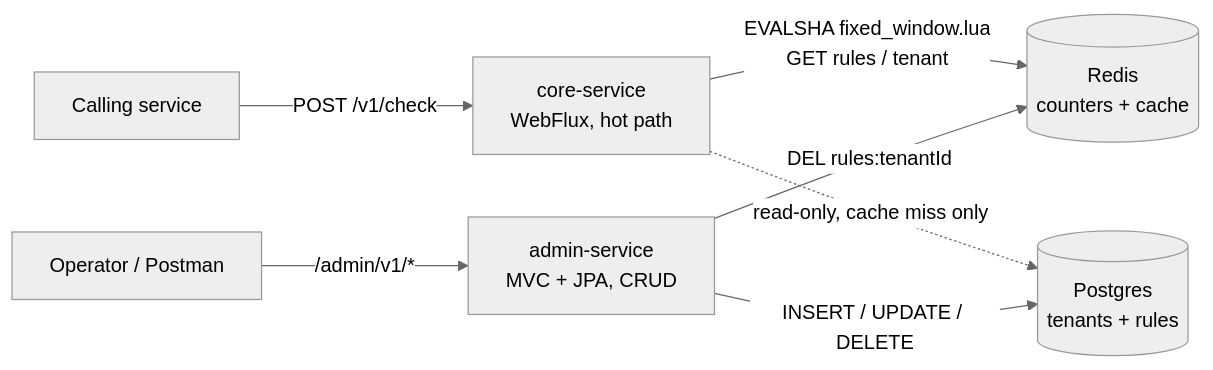
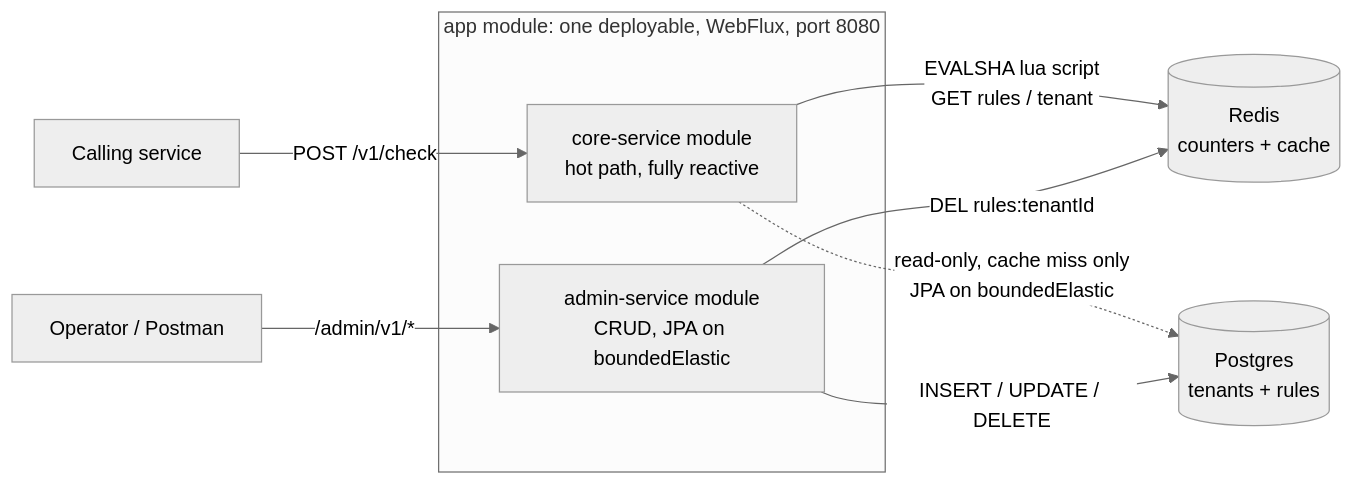
Before and after one commit to adityathakur10/rate-limiter-service: the first of 4 diagrams in PLAN.md, drawn with Mermaid (neutral theme). The commit also changed other lines of this file and 26 other files, not shown here.

Commit message:
admin flow completed

````diff
--- a/PLAN.md
+++ b/PLAN.md
@@ -10,15 +11,17 @@
 ```mermaid
 flowchart LR
     caller["Calling service"]
     op["Operator / Postman"]
-    core["core-service<br/>WebFlux, hot path"]
-    admin["admin-service<br/>MVC + JPA, CRUD"]
+    subgraph app["app module: one deployable, WebFlux, port 8080"]
+        core["core-service module<br/>hot path, fully reactive"]
+        admin["admin-service module<br/>CRUD, JPA on boundedElastic"]
+    end
     redis[("Redis<br/>counters + cache")]
     pg[("Postgres<br/>tenants + rules")]
     caller -->|"POST /v1/check"| core
     op -->|"/admin/v1/*"| admin
-    core -->|"EVALSHA fixed_window.lua<br/>GET rules / tenant"| redis
-    core -.->|"read-only, cache miss only"| pg
+    core -->|"EVALSHA lua script<br/>GET rules / tenant"| redis
+    core -.->|"read-only, cache miss only<br/>JPA on boundedElastic"| pg
     admin -->|"INSERT / UPDATE / DELETE"| pg
     admin -->|"DEL rules:tenantId"| redis
 ```
````
